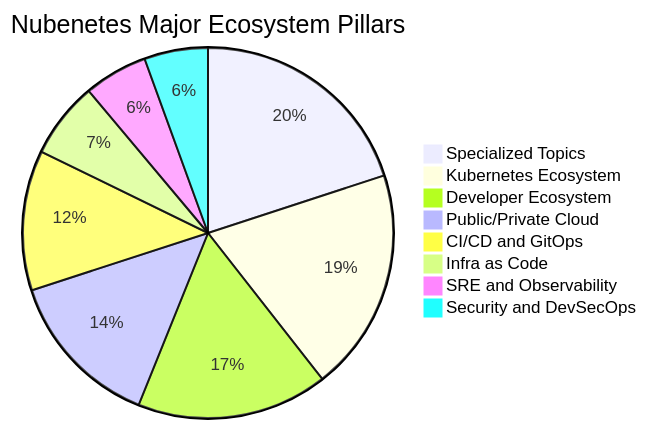
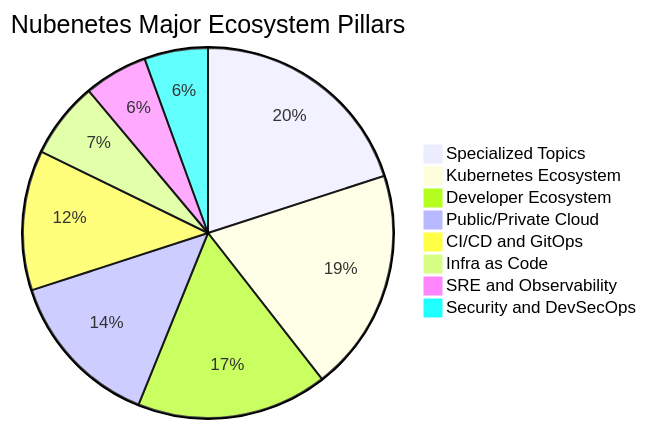
One commit to sec-js/awesome-kubernetes changed the second of 10 diagrams in README.md. Above: the diagram before and after it, drawn with Mermaid. The commit also changed other lines of this file, not shown here.

````diff
--- a/README.md
+++ b/README.md
@@ -218,11 +218,11 @@
 ```mermaid
 pie title Nubenetes Major Ecosystem Pillars
-    "Specialized Topics" : 3596
+    "Specialized Topics" : 3603
     "Kubernetes Ecosystem" : 3500
     "Developer Ecosystem" : 3000
     "Public/Private Cloud" : 2500
     "CI/CD and GitOps" : 2200
     "Infra as Code" : 1200
     "SRE and Observability" : 1000
     "Security and DevSecOps" : 1000
 ```
````
